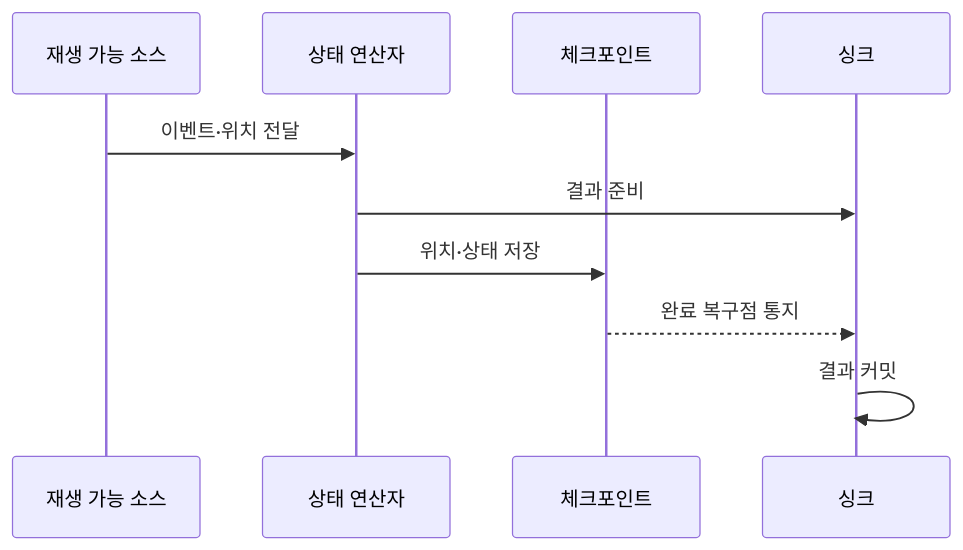
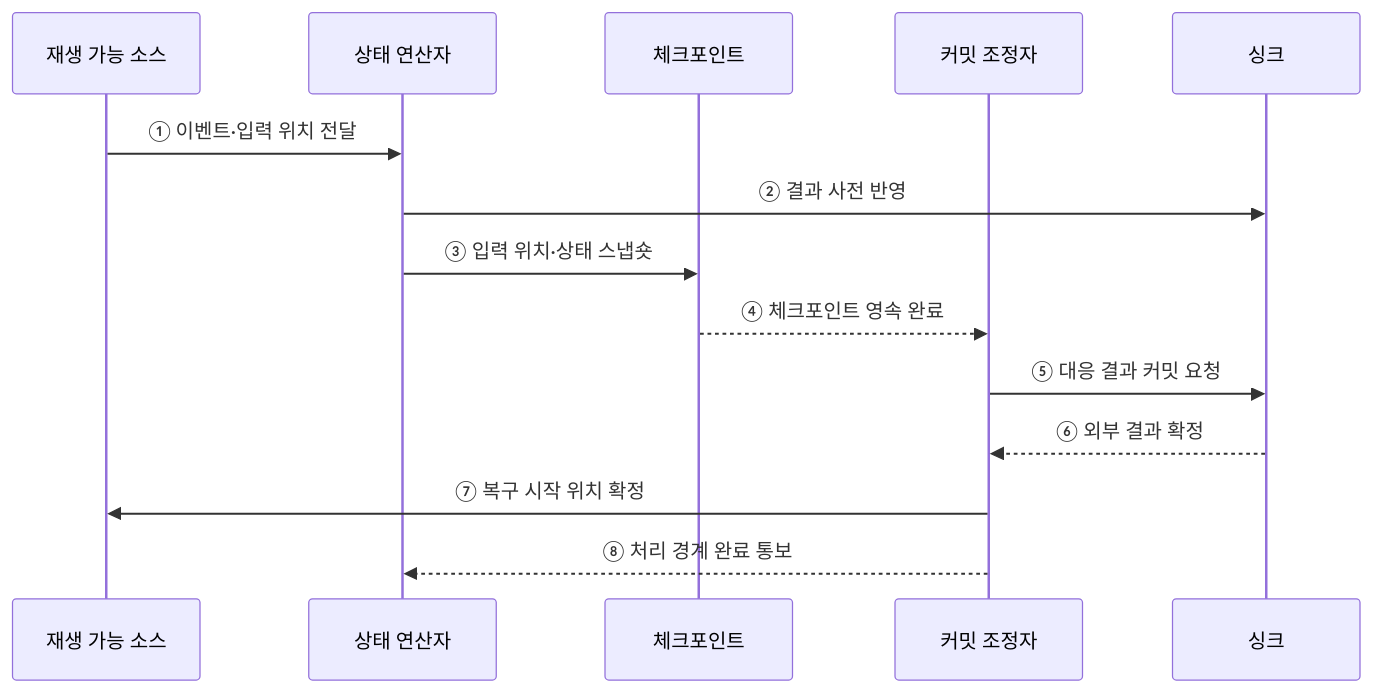
Before and after one commit to agnusdei1207/knowledge-base: the second of 2 diagrams in src/content/docs/notes/03-software/121_exactly_once_semantics.md, drawn with Mermaid. The commit also changed other lines of this file and 20 other files, not shown here.

````diff
--- a/src/content/docs/notes/03-software/121_exactly_once_semantics.md
+++ b/src/content/docs/notes/03-software/121_exactly_once_semantics.md
@@ -76,12 +66,16 @@
 ```mermaid
 sequenceDiagram
     participant S as 재생 가능 소스
     participant O as 상태 연산자
     participant C as 체크포인트
+    participant T as 커밋 조정자
     participant K as 싱크
-    S->>O: 이벤트·위치 전달
-    O->>K: 결과 준비
-    O->>C: 위치·상태 저장
-    C-->>K: 완료 복구점 통지
-    K->>K: 결과 커밋
+    S->>O: ① 이벤트·입력 위치 전달
+    O->>K: ② 결과 사전 반영
+    O->>C: ③ 입력 위치·상태 스냅숏
+    C-->>T: ④ 체크포인트 영속 완료
+    T->>K: ⑤ 대응 결과 커밋 요청
+    K-->>T: ⑥ 외부 결과 확정
+    T->>S: ⑦ 복구 시작 위치 확정
+    T-->>O: ⑧ 처리 경계 완료 통보
 ```
````
